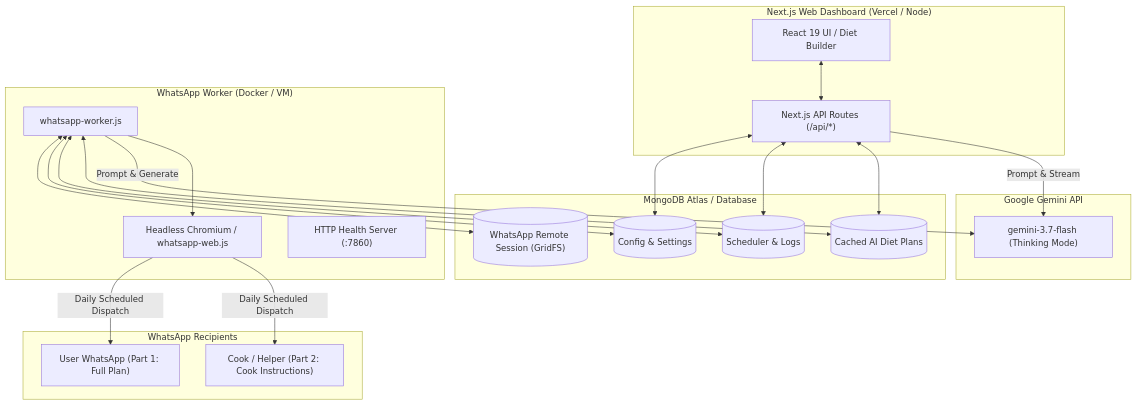
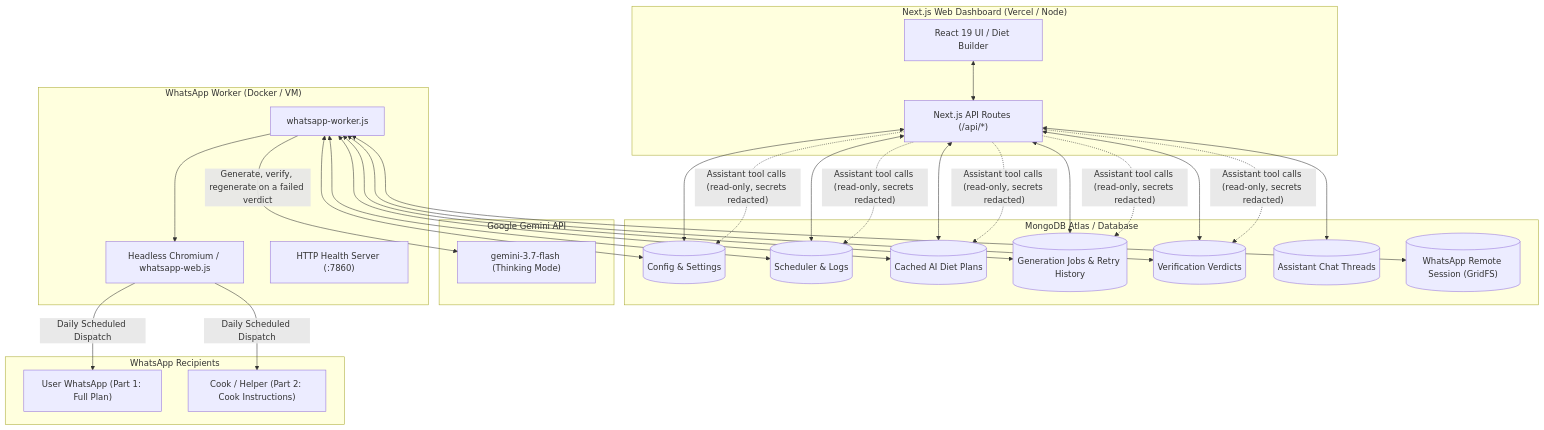
The diagram in README.md (ganganimaulik/AI-Diet-Maker), drawn with Mermaid before and after one commit. The commit also changed other lines of this file and 26 other files, not shown here.

Commit message:
feat: implement agentic orchestration framework with chat support and auto-retry verification

````diff
--- a/README.md
+++ b/README.md
@@ -52,37 +70,40 @@
 ```mermaid
 flowchart TD
     subgraph Web ["Next.js Web Dashboard (Vercel / Node)"]
         UI["React 19 UI / Diet Builder"]
         API["Next.js API Routes (/api/*)"]
         UI <--> API
     end
 
     subgraph DB ["MongoDB Atlas / Database"]
         ConfigDoc[("Config & Settings")]
         SchedulerDoc[("Scheduler & Logs")]
         CacheDoc[("Cached AI Diet Plans")]
+        JobDoc[("Generation Jobs & Retry History")]
+        VerifyDoc[("Verification Verdicts")]
+        ChatDoc[("Assistant Chat Threads")]
         GridFS[("WhatsApp Remote Session (GridFS)")]
     end
 
     subgraph AI ["Google Gemini API"]
         GeminiFlash["gemini-3.7-flash (Thinking Mode)"]
     end
 
     subgraph Worker ["WhatsApp Worker (Docker / VM)"]
         WorkerScript["whatsapp-worker.js"]
         PuppeteerEngine["Headless Chromium / whatsapp-web.js"]
         HealthServer["HTTP Health Server (:7860)"]
     end
 
     subgraph Recipients ["WhatsApp Recipients"]
         UserPhone["User WhatsApp (Part 1: Full Plan)"]
         CookPhone["Cook / Helper (Part 2: Cook Instructions)"]
     end
 
-    API <--> ConfigDoc & SchedulerDoc & CacheDoc
-    API -->|Prompt & Stream| GeminiFlash
-    WorkerScript <--> GridFS & ConfigDoc & SchedulerDoc & CacheDoc
-    WorkerScript -->|Prompt & Generate| GeminiFlash
+    API <--> ConfigDoc & SchedulerDoc & CacheDoc & JobDoc & VerifyDoc & ChatDoc
+    API -.->|"Assistant tool calls (read-only, secrets redacted)"| ConfigDoc & CacheDoc & VerifyDoc & JobDoc & SchedulerDoc
+    WorkerScript <--> GridFS & ConfigDoc & SchedulerDoc & CacheDoc & JobDoc & VerifyDoc
+    WorkerScript -->|Generate, verify, regenerate on a failed verdict| GeminiFlash
     WorkerScript --> PuppeteerEngine
     PuppeteerEngine -->|Daily Scheduled Dispatch| UserPhone & CookPhone
 ```
````
